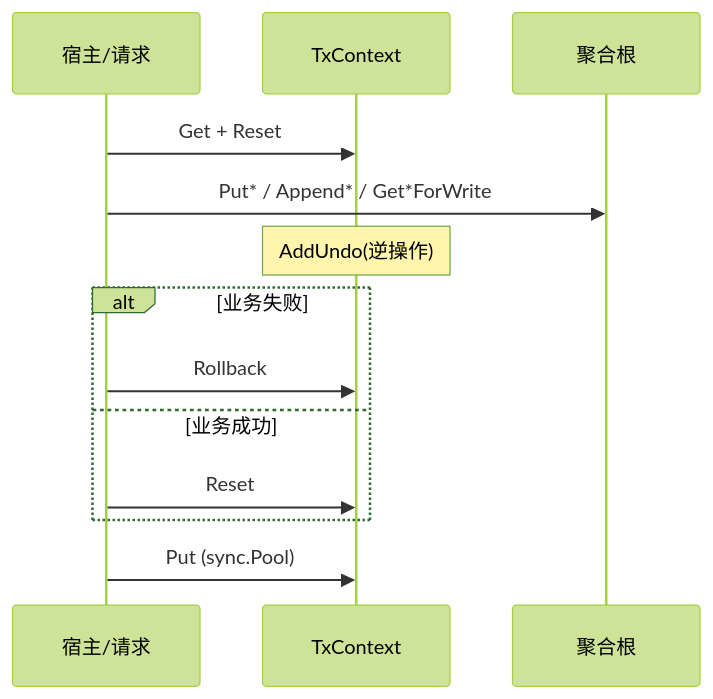
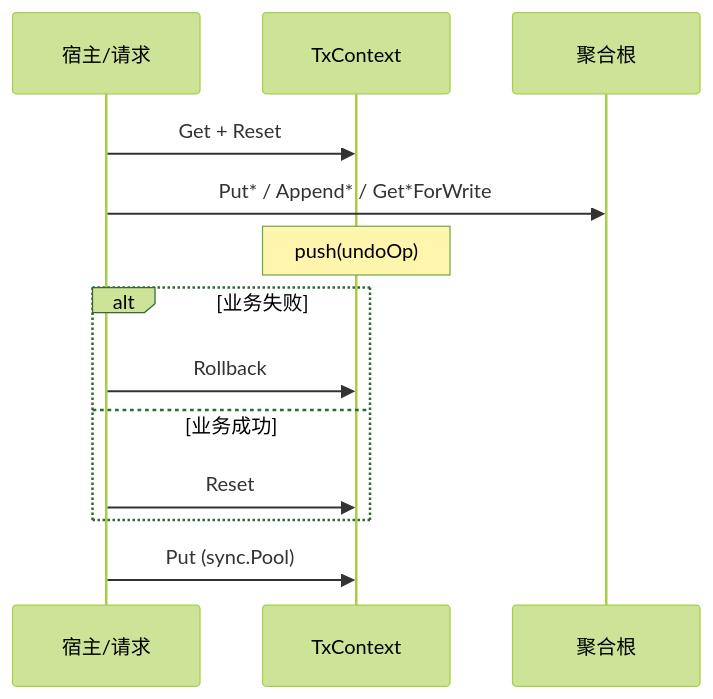
The diagram in docs/guide/overview.md (huangyuCN/cow), drawn with Mermaid (forest theme) before and after one commit. The commit also changed other lines of this file and 32 other files, not shown here.

````diff
--- a/docs/guide/overview.md
+++ b/docs/guide/overview.md
@@ -10,16 +20,16 @@
 ```mermaid
 sequenceDiagram
   participant Host as 宿主/请求
   participant Ctx as TxContext
   participant Root as 聚合根
 
   Host->>Ctx: Get + Reset
   Host->>Root: Put* / Append* / Get*ForWrite
-  Note over Ctx: AddUndo(逆操作)
+  Note over Ctx: push(undoOp)
   alt 业务失败
     Host->>Ctx: Rollback
   else 业务成功
     Host->>Ctx: Reset
   end
   Host->>Ctx: Put (sync.Pool)
 ```
````
